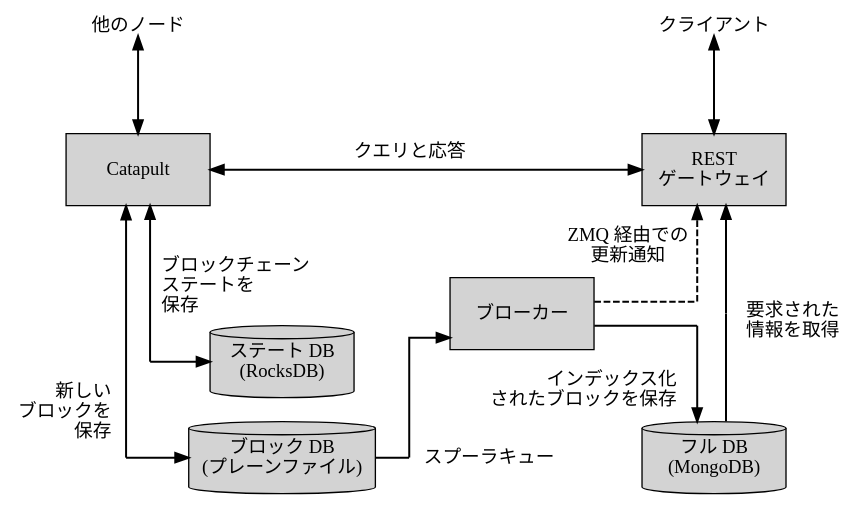
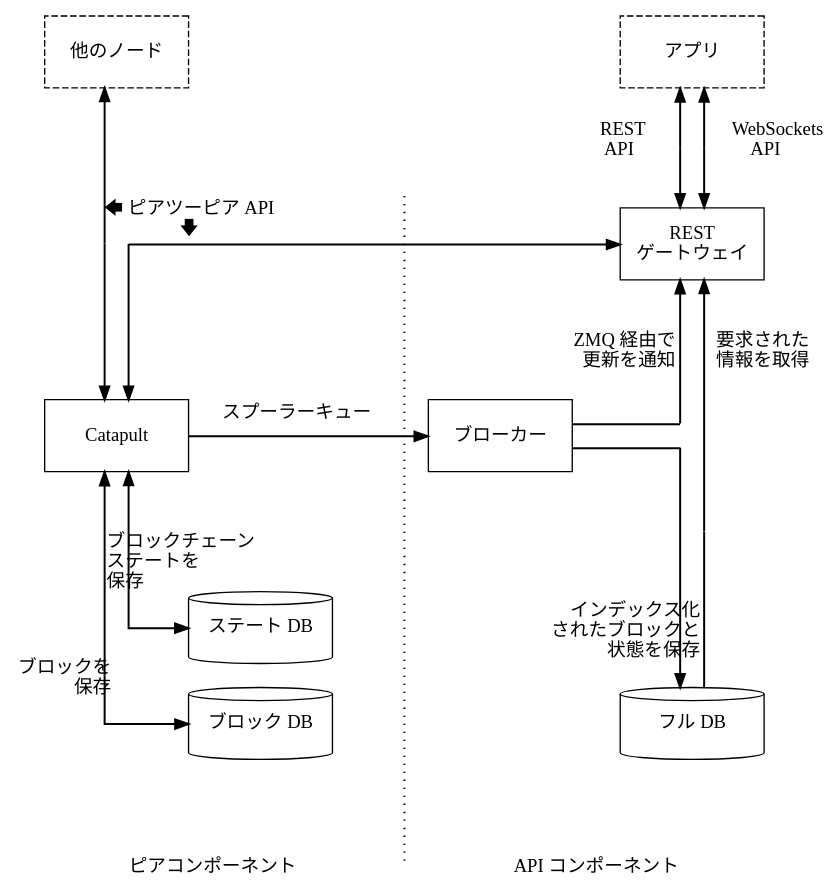
One commit to symbol/symbol changed the first of 2 diagrams in mkdocs/pages/ja/textbook/nodes.md. Above: the diagram before and after it, drawn with Graphviz. The commit also changed other lines of this file and 14 other files, not shown here.

````diff
--- a/mkdocs/pages/ja/textbook/nodes.md
+++ b/mkdocs/pages/ja/textbook/nodes.md
@@ -22,47 +21,60 @@
 ```dot
 digraph SymbolNode {
     layout=neato;
     splines=ortho;
-    node [shape=box style=filled width=1.5 height=0.75];
+    node [shape=box width=1.5 height=0.75];
     edge [penwidth=1.5]
 
     // External labels
-    OtherNodes [label="他のノード" shape=plain fillcolor=transparent pos="0,4.5!"];
-    Clients    [label="クライアント" shape=plain fillcolor=transparent pos="6,4.5!"];
+    OtherNodes [label="他のノード" style=dashed fillcolor=transparent pos="0,6.5!"];
+    Clients    [label="アプリ" style=dashed fillcolor=transparent pos="6,6.5!"];
 
     // Core components
-    Catapult   [label="Catapult" pos="0,3!" URL="#catapult"];
-    REST       [label="REST\nゲートウェイ" pos="6,3!" URL="#rest-gateway"];
-    RocksDB    [label="ステート DB\n(RocksDB)" pos="1.5,1!" shape=cylinder URL="#state-database"];
-    Disk       [label="ブロック DB\n(プレーンファイル)" pos="1.5,0!" shape=cylinder URL="#blocks-database"];
-    MongoDB    [label="フル DB\n(MongoDB)" pos="6,0!" shape=cylinder URL="#blocks-database"];
-    Broker     [label="ブローカー" pos="4,1.5!" URL="#broker"];
+    Catapult   [label="Catapult" pos="0,2.5!" URL="#catapult"];
+    REST       [label="REST\nゲートウェイ" pos="6,4.5!" URL="#rest-gateway"];
+    RocksDB    [label="ステート DB" pos="1.5,0.5!" shape=cylinder URL="#state-database"];
+    Disk       [label="ブロック DB" pos="1.5,-0.5!" shape=cylinder URL="#blocks-database"];
+    MongoDB    [label="フル DB" pos="6,-0.5!" shape=cylinder URL="#full-database"];
+    Broker     [label="ブローカー" pos="4,2.5!" URL="#broker"];
 
     // Waypoints
+    OtherNodesWP [shape=point width=0 pos="-0.125,4.5!"]
+    OtherNodesWP2 [shape=point width=0 pos="0.125,4.5!"]
     RocksDBWP  [shape=point width=0 pos="0.125,1!"];
     DiskWP     [shape=point width=0 pos="-0.125,0!"];
-    MongoDBWP  [shape=point width=0 pos="5.825,1.375!"];
-    RESTWP     [shape=point width=0 pos="5.825,1.625!"];
+    MongoDBWP  [shape=point width=0 pos="5.875,2.375!"];
+    RESTWP     [shape=point width=0 pos="5.875,2.625!"];
     RESTWP2    [shape=point width=0 pos="6.125,1.5!"];
-    BrokerWP   [shape=point width=0 pos="2.825,0!"];
+    ClientsWP1 [shape=point width=0 pos="5.875,5.5!"]
+    ClientsWP2 [shape=point width=0 pos="6.125,5.5!"]
 
     // External
-    OtherNodes -> Catapult [dir=both];
-    Clients -> REST [dir=both];
+    OtherNodesWP -> Catapult [headlabel="🡄 ピアツーピア API\n🡇" labelangle=-25 labeldistance=15];
+    OtherNodesWP -> OtherNodes;
+    ClientsWP1 -> Clients [headlabel="REST\rAPI" labelangle=-50 labeldistance=6];
+    ClientsWP1 -> REST;
+    ClientsWP2 -> Clients [headlabel="WebSockets\rAPI" labelangle=50 labeldistance=6];
+    ClientsWP2 -> REST;
 
     // Internal
-    Catapult -> REST [headlabel="クエリと応答" dir=both labelangle=5 labeldistance=15];
+    OtherNodesWP2 -> REST;
+    OtherNodesWP2 -> Catapult;
     Catapult -> RocksDBWP:s [dir=back];
-    RocksDBWP -> RocksDB [headlabel="ブロックチェーン\lステートを\l保存\l" labelangle=-110 labeldistance=6];
+    Catapult -> Broker [headlabel="スプーラーキュー" labelangle=-10 labeldistance=10];
+    RocksDBWP -> RocksDB [headlabel="ブロックチェーン\lステートを\l保存\l" labelangle=-85 labeldistance=5];
     Catapult -> DiskWP:s [dir=back];
-    DiskWP:w -> Disk [headlabel="新しい\rブロックを\r保存\r" labelangle=-20 labeldistance=10];
-    Disk -> BrokerWP [dir=none headlabel="スプーラキュー" labelangle=180 labeldistance=6];
+    DiskWP:w -> Disk [headlabel="ブロックを\r保存\r" labelangle=-20 labeldistance=10];
     Broker -> MongoDBWP [dir=none];
-    MongoDBWP:n -> MongoDB [headlabel="インデックス化\rされたブロックを保存\r" labelangle=75 labeldistance=9];
-    BrokerWP -> Broker;
-    Broker -> RESTWP [dir=none style=dashed];
-    RESTWP -> REST [headlabel="ZMQ 経由での\n更新通知" style=dashed labelangle=-60 labeldistance=6 URL="#zero-mq"];
+    MongoDBWP:n -> MongoDB [headlabel="インデックス化\rされたブロックと\r状態を保存\r" labelangle=45 labeldistance=6];
+    Broker -> RESTWP [dir=none];
+    RESTWP -> REST [headlabel="ZMQ 経由で\r更新を通知\r" labelangle=-40 labeldistance=7 URL="#zero-mq"];
     MongoDB -> RESTWP2 [dir=none];
-    RESTWP2 -> REST [headlabel="要求された\n情報を取得" labelangle=30 labeldistance=10];
+    RESTWP2 -> REST [headlabel="要求された\l情報を取得\l" labelangle=40 labeldistance=7];
+
+    MidWP1     [shape=point width=0 pos="3,5!"];
+    MidWP2     [shape=point width=0 pos="3,-2!"];
+    MidWP1 -> MidWP2 [dir=none style=dotted];
+    PeerLabel  [label="ピアコンポーネント" shape=plain pos="1,-2!"]
+    RESTLabel  [label="API コンポーネント" shape=plain pos="5,-2!"]
 }
 ```
````
